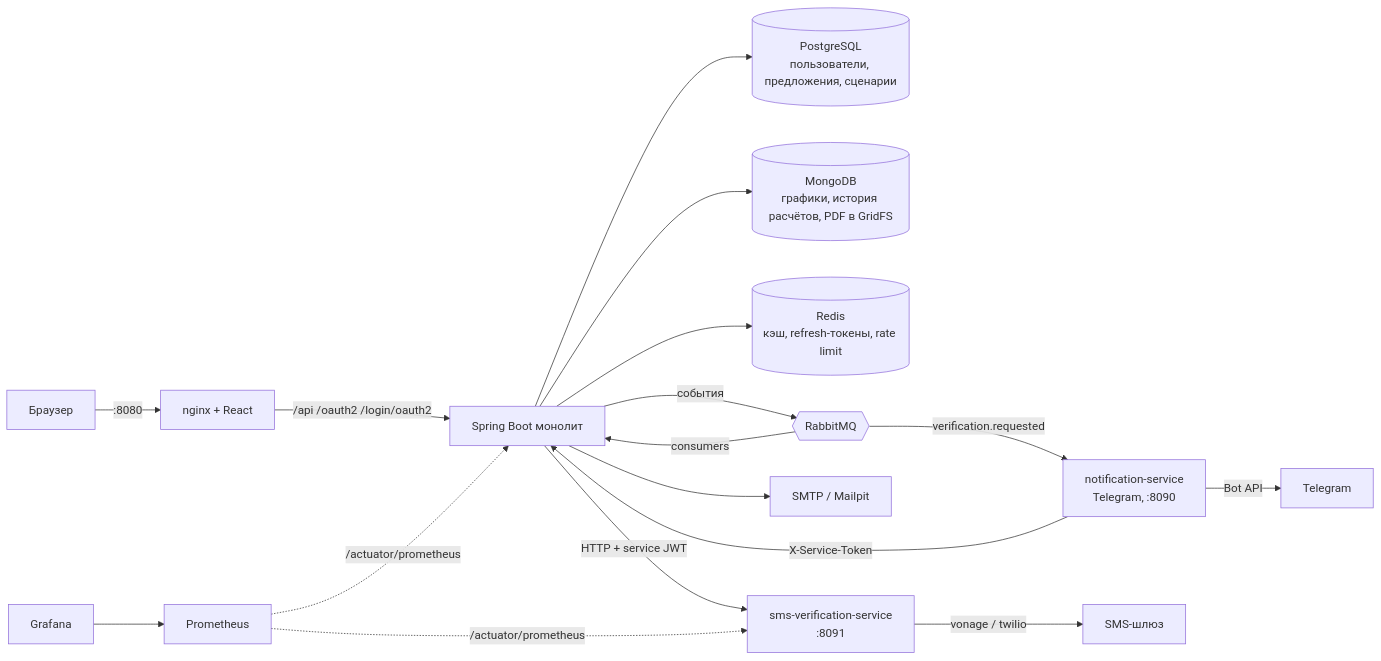
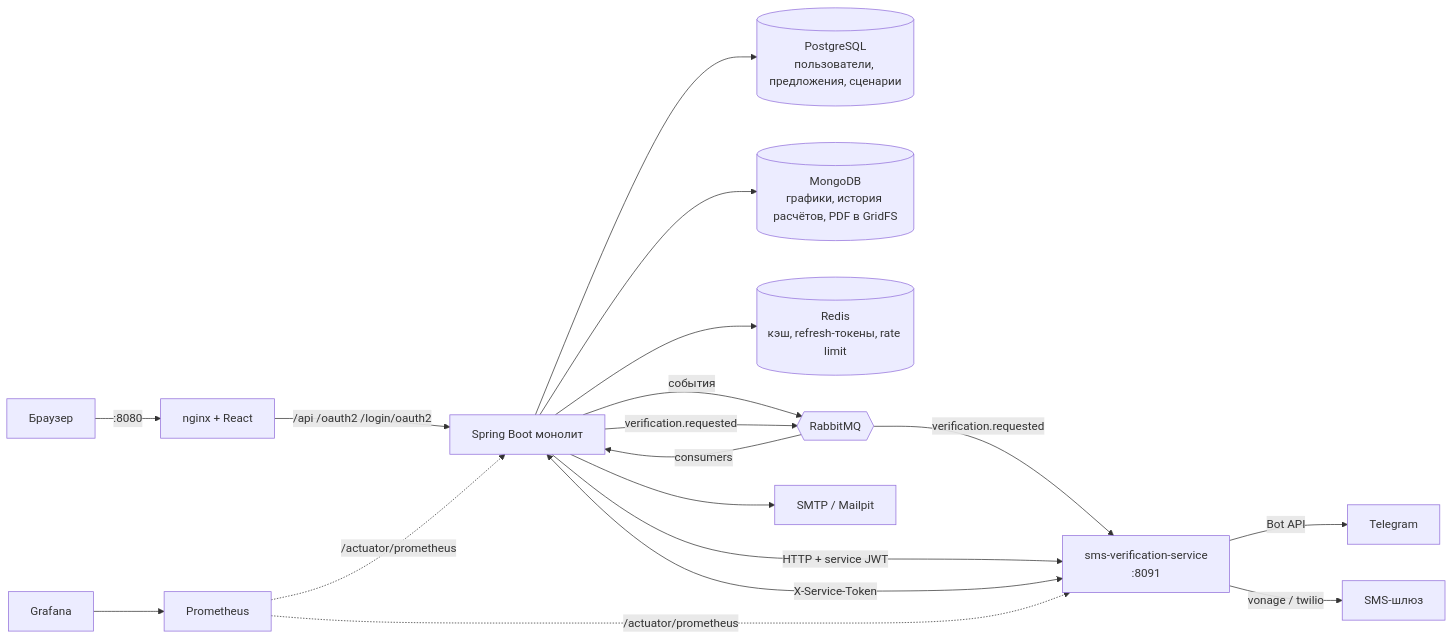
The diagram in README.md (Ratila1/mortgage-planner), drawn with Mermaid before and after one commit. The commit also changed other lines of this file and 99 other files, not shown here.

First line of the commit message:
feat: migrate Telegram 2FA into sms-verification-service

````diff
--- a/README.md
+++ b/README.md
@@ -155,19 +155,20 @@
 ```mermaid
 flowchart LR
   U[Браузер] -->|:8080| N[nginx + React]
   N -->|/api /oauth2 /login/oauth2| API[Spring Boot монолит]
   API --> PG[(PostgreSQL<br/>пользователи, предложения, сценарии)]
   API --> MG[(MongoDB<br/>графики, история расчётов, PDF в GridFS)]
   API --> RD[(Redis<br/>кэш, refresh-токены, rate limit)]
   API -->|события| MQ{{RabbitMQ}}
   MQ -->|consumers| API
-  MQ -->|verification.requested| NS[notification-service<br/>Telegram, :8090]
-  NS -->|Bot API| TG[Telegram]
-  NS -->|X-Service-Token| API
+  API -->|verification.requested| MQ
+  MQ -->|verification.requested| SMS
   API --> SMTP[SMTP / Mailpit]
   API -->|HTTP + service JWT| SMS[sms-verification-service<br/>:8091]
+  API <-->|X-Service-Token| SMS
+  SMS -->|Bot API| TG[Telegram]
   SMS -->|vonage / twilio| GW[SMS-шлюз]
   PROM[Prometheus] -.->|/actuator/prometheus| API
   PROM -.->|/actuator/prometheus| SMS
   GR[Grafana] --> PROM
 ```
````
